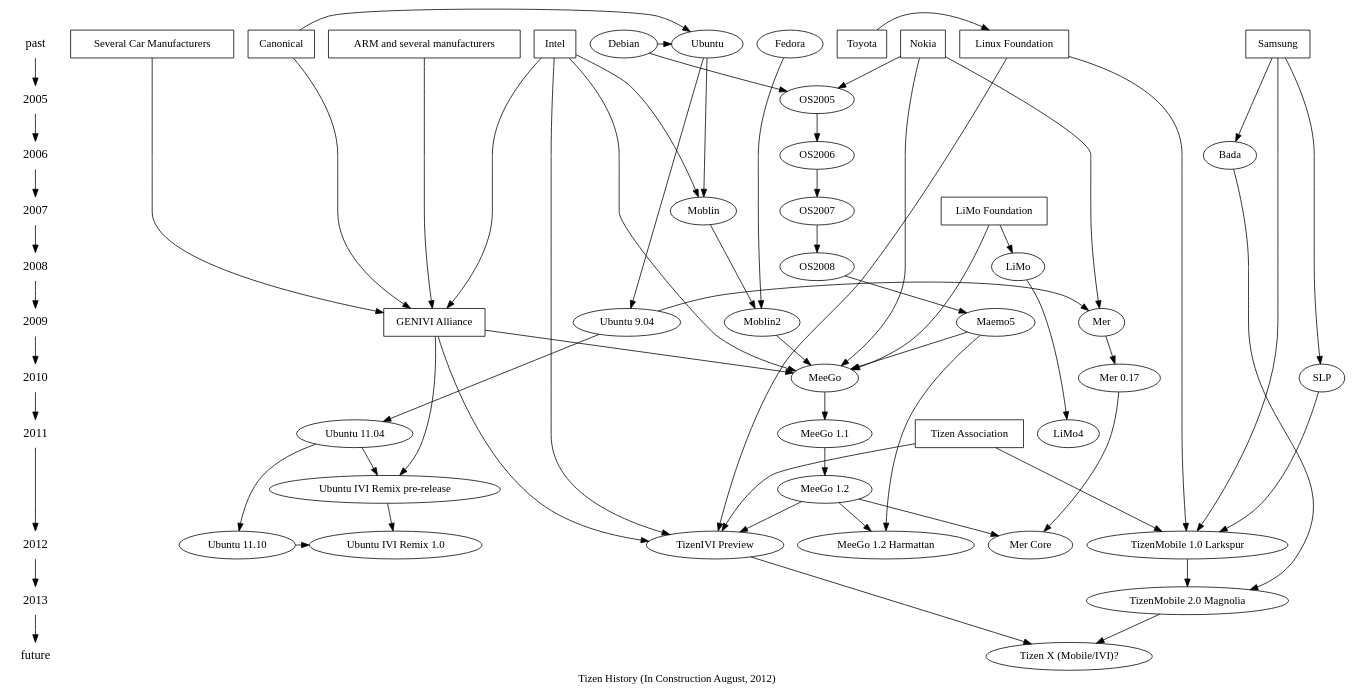
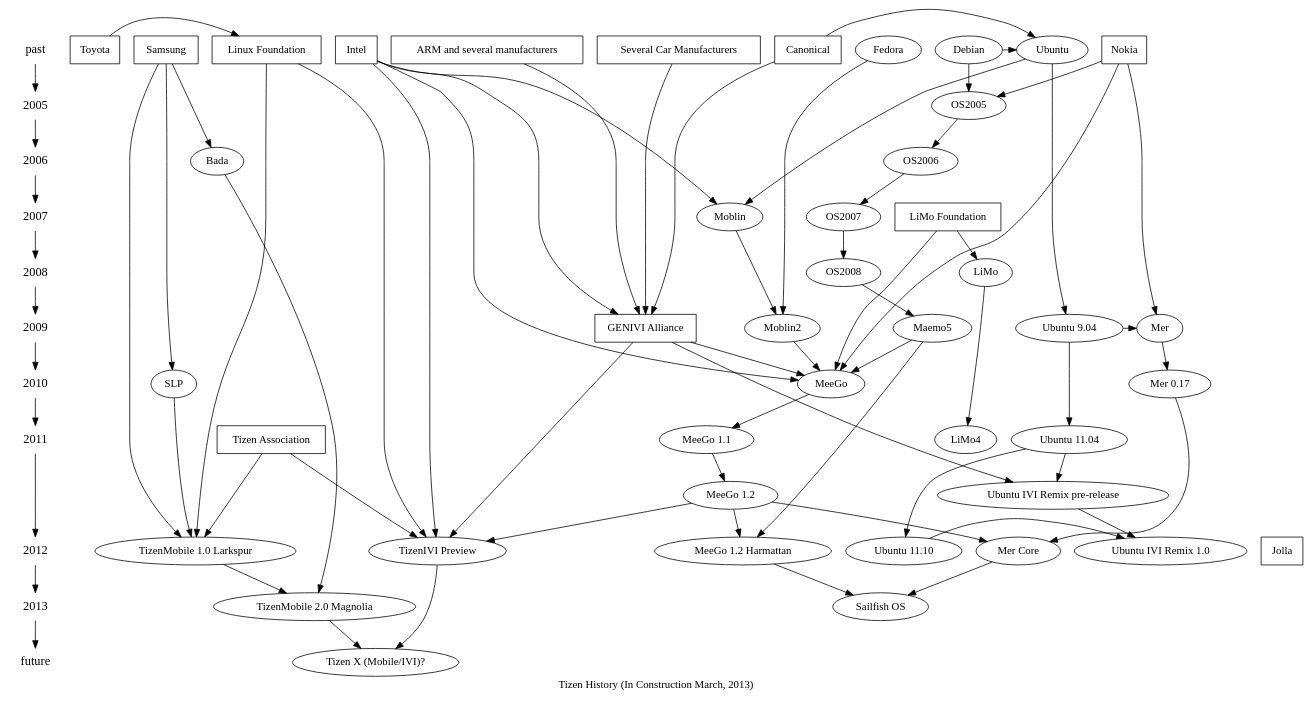
Before and after one commit to kumadasu/tizen-history: the diagram in tizen-history.dot, drawn with Graphviz.

Commit message:
Update tizen-history.dot
Added Jolla's Sailfish in 2013

```diff
--- a/tizen-history.dot
+++ b/tizen-history.dot
@@ -1,90 +1,93 @@
 digraph tizenhistory {
-graph [label="Tizen History (In Construction August, 2012)"]
+graph [label="Tizen History (In Construction March, 2013)"]
 /*timeline*/
 {
 	node [shape=plaintext, fontsize=16];
 	"past" -> /*1990 ->
 	1991 -> 1992 -> 1993 -> 1994 -> 1995 ->
 	1996 -> 1997 -> 1998 -> 1999 -> 2000 ->
 	2001 -> 2002 -> 2003 -> 2004 ->*/ 2005 ->
 	2006 -> 2007 -> 2008 -> 2009 -> 2010 ->
 	2011 -> 2012 -> 2013 -> "future";
 }
 
 /* Organizations */
 {
 	node [shape=box];
 	{ rank = same; "past"; "Nokia"}
 	{ rank = same; "past"; "Intel"}
 	{ rank = same; "past"; "Samsung"}
 	{ rank = same; "past"; "ARM and several manufacturers"}
 	{ rank = same; "past"; "Several Car Manufacturers"}
 	{ rank = same; "past"; "Canonical"}
 	{ rank = same; "past"; "Linux Foundation"}
 	{ rank = same; "past"; "Toyota"}
 	{ rank = same; "2007"; "LiMo Foundation"}
 	{ rank = same; "2009"; "GENIVI Alliance"}
 	{ rank = same; "2011"; "Tizen Association"} //?
+	{ rank = same; "2012"; "Jolla"} //?
 "Toyota" -> "Linux Foundation";
 "Intel" -> "GENIVI Alliance";
 "Several Car Manufacturers" -> "GENIVI Alliance";
 "ARM and several manufacturers" -> "GENIVI Alliance";
 "Canonical" -> "GENIVI Alliance";
 }
 
 /* Technologies */
 {
 	node [shape=plaintext];
 //	"HTML5";
 }
 
 /* OS */
 { rank = same; "past"; "Ubuntu"; "Fedora"; "Debian"}
 { rank = same; 2005; "OS2005"}
 { rank = same; 2006; "OS2006"}
 { rank = same; 2007; "OS2007"; "Moblin"}
 { rank = same; 2008; "OS2008"; "LiMo"}
 { rank = same; 2009; "Maemo5"; "Moblin2"; "Ubuntu 9.04"; "Mer"}
 { rank = same; 2010; "MeeGo"; "Mer 0.17"; "SLP"}
 { rank = same; 2011; "Ubuntu 11.04"; "LiMo4"}
 { rank = same; "Ubuntu 11.10"; "Ubuntu IVI Remix 1.0"}
 { rank = same; 2012; "TizenMobile 1.0 Larkspur"; "TizenIVI Preview"};
 { rank = same; "TizenMobile 1.0 Larkspur" }
-{ rank = same; 2013; "TizenMobile 2.0 Magnolia" }
+{ rank = same; 2013; "TizenMobile 2.0 Magnolia"; "Sailfish OS"}
 	"Debian" -> "Ubuntu";
 	"Debian" -> "OS2005" -> "OS2006" -> "OS2007" -> "OS2008" -> "Maemo5" -> "MeeGo";
 	"Ubuntu" -> "Moblin" -> "Moblin2";
 	"Fedora" -> "Moblin2" -> "MeeGo";
 	"Ubuntu 9.04" -> "Mer" -> "Mer 0.17" -> "Mer Core";
 	"LiMo" -> "LiMo4";
 	"MeeGo" -> "MeeGo 1.1" -> "MeeGo 1.2" -> "TizenIVI Preview";
 	"Maemo5" -> "MeeGo 1.2 Harmattan";
 	"MeeGo 1.2" -> "Mer Core";
+	"MeeGo 1.2 Harmattan" -> "Sailfish OS";
+	"Mer Core" -> "Sailfish OS";
 	"MeeGo 1.2" -> "MeeGo 1.2 Harmattan";
 	"SLP" -> "TizenMobile 1.0 Larkspur";
 	"Bada" -> "TizenMobile 2.0 Magnolia";
 	"TizenMobile 1.0 Larkspur" -> "TizenMobile 2.0 Magnolia" -> "Tizen X (Mobile/IVI)?";
 	"TizenIVI Preview" -> "Tizen X (Mobile/IVI)?";
 	"Ubuntu" -> "Ubuntu 9.04" -> "Ubuntu 11.04" -> "Ubuntu 11.10" -> "Ubuntu IVI Remix 1.0";
 	"Ubuntu 11.04" -> "Ubuntu IVI Remix pre-release" -> "Ubuntu IVI Remix 1.0";
 
 "Canonical" -> "Ubuntu";
 "Nokia" -> "OS2005";
 "Intel" -> "Moblin";
 "Intel" -> "MeeGo";
 "Nokia" -> "Mer";
 "Nokia" -> "MeeGo";
 "Samsung" -> "Bada";
 "Samsung" -> "SLP";
 "Intel" -> "TizenIVI Preview";
 "Samsung" -> "TizenMobile 1.0 Larkspur";
 "GENIVI Alliance" -> "MeeGo";
 "GENIVI Alliance" -> "TizenIVI Preview";
 "GENIVI Alliance" -> "Ubuntu IVI Remix pre-release";
 "LiMo Foundation" -> "LiMo";
 "LiMo Foundation" -> "MeeGo";
 "Tizen Association" -> "TizenIVI Preview";
 "Tizen Association" -> "TizenMobile 1.0 Larkspur";
 "Linux Foundation" -> "TizenIVI Preview";
 "Linux Foundation" -> "TizenMobile 1.0 Larkspur";
 }
```
